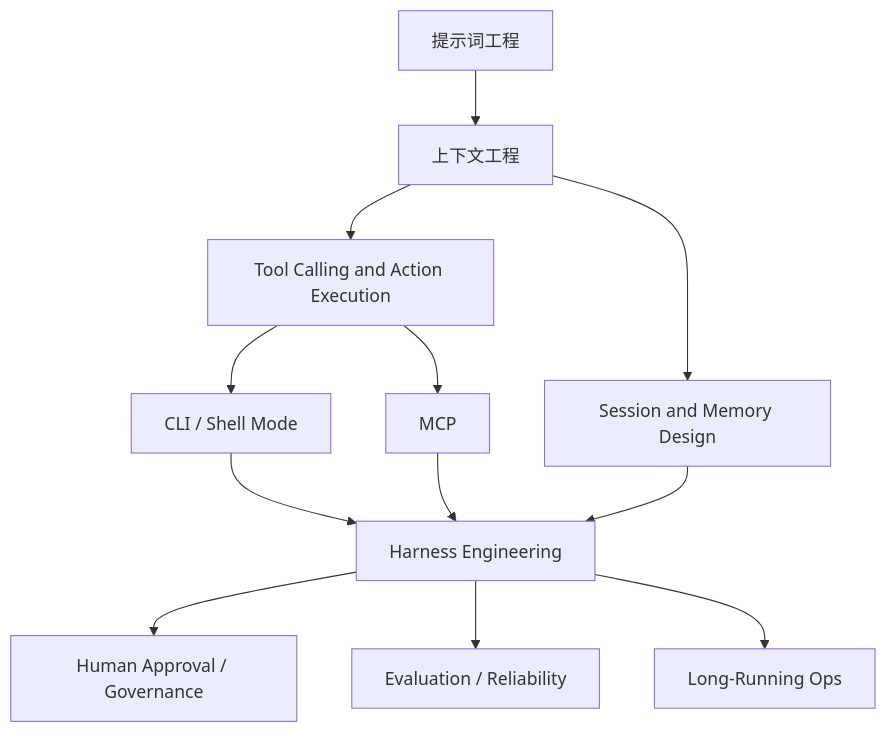
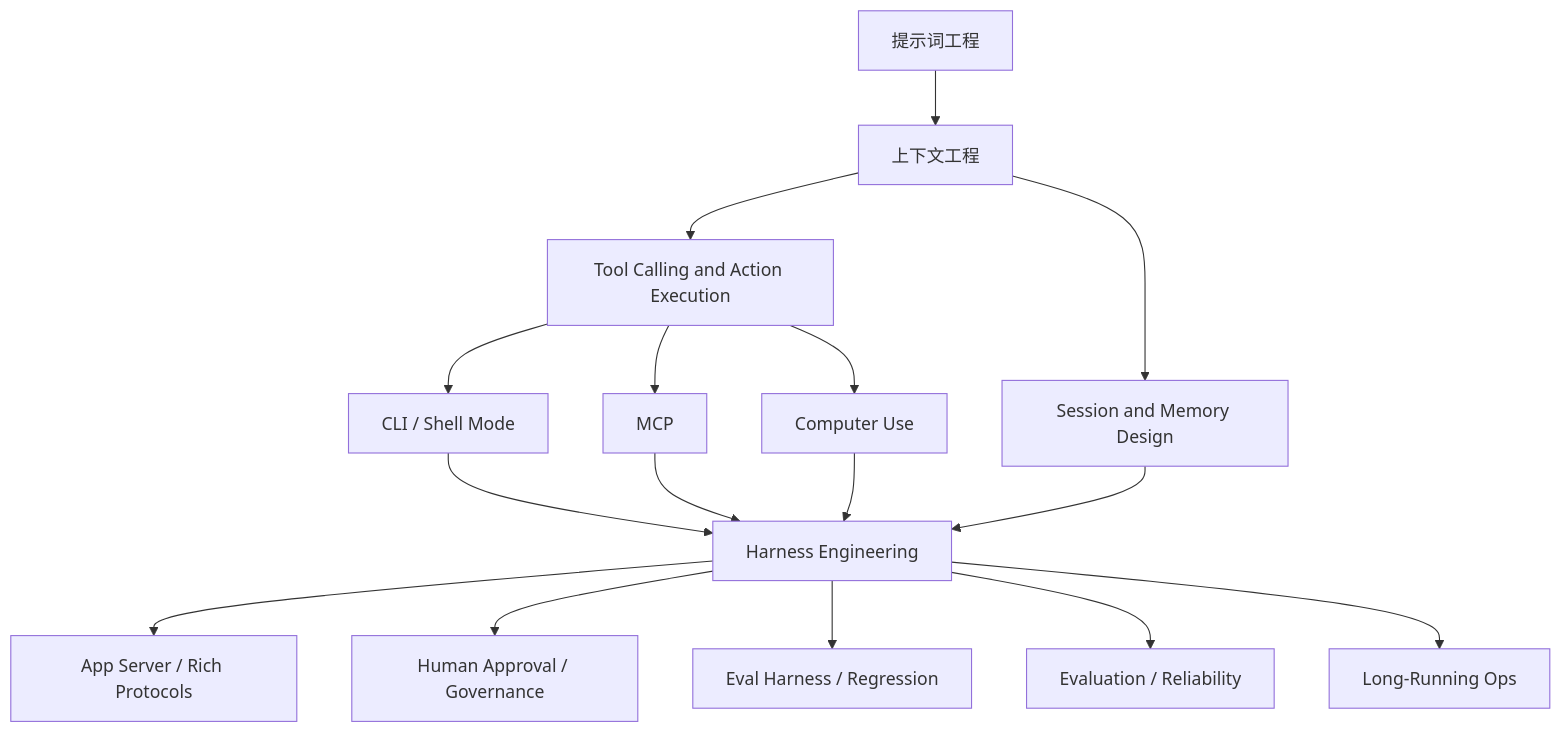
Before and after one commit to superliyang/tony-2026: the diagram in 01-Areas/AI-Engineering/08-Maps/Agent Context and Integration Engineering Map.md, drawn with Mermaid. The commit also changed other lines of this file and 27 other files, not shown here.

Commit message:
Add agent action surfaces and eval harness slice

````diff
--- a/01-Areas/AI-Engineering/08-Maps/Agent Context and Integration Engineering Map.md
+++ b/01-Areas/AI-Engineering/08-Maps/Agent Context and Integration Engineering Map.md
@@ -15,14 +15,18 @@
 ```mermaid
 flowchart TD
   P["提示词工程"] --> C["上下文工程"]
   C --> T["Tool Calling and Action Execution"]
   C --> S["Session and Memory Design"]
   T --> CLI["CLI / Shell Mode"]
   T --> MCP["MCP"]
+  T --> CU["Computer Use"]
   CLI --> H["Harness Engineering"]
   MCP --> H
+  CU --> H
   S --> H
+  H --> AP["App Server / Rich Protocols"]
   H --> G["Human Approval / Governance"]
+  H --> EH["Eval Harness / Regression"]
   H --> E["Evaluation / Reliability"]
   H --> O["Long-Running Ops"]
 ```
````
